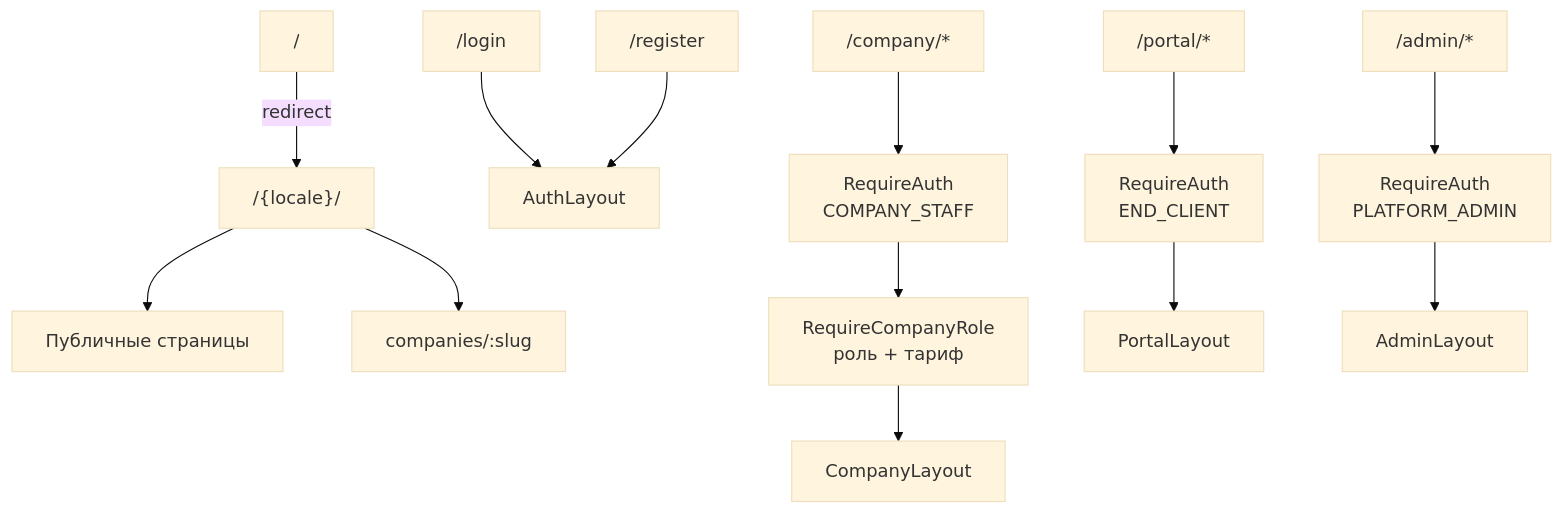
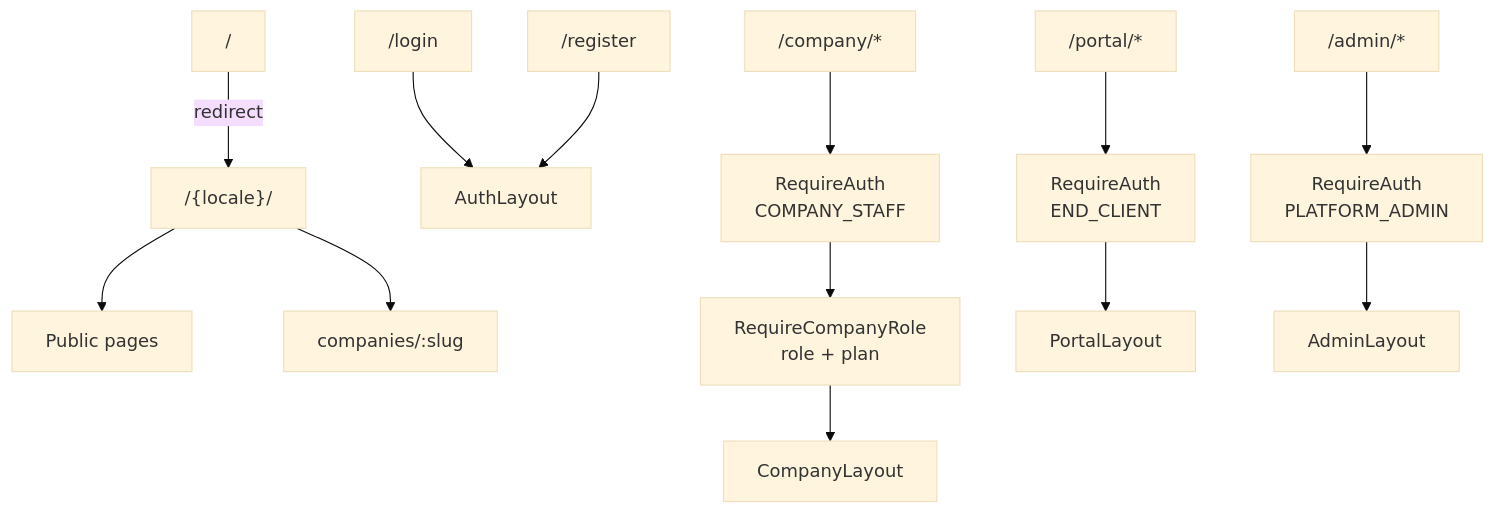
One commit to 1GoodCod1/companii-web changed the fifth of 11 diagrams in README.md. Above: the diagram before and after it, drawn with Mermaid (base theme). The commit also changed other lines of this file and 5 other files, not shown here.

````diff
--- a/README.md
+++ b/README.md
@@ -202,19 +204,19 @@
 ```mermaid
 flowchart TD
     ROOT["/"] -->|"redirect"| LOCALE["/{locale}/"]
-    LOCALE --> PUB["Публичные страницы"]
+    LOCALE --> PUB["Public pages"]
     LOCALE --> COMPANIES["companies/:slug"]
 
     LOGIN["/login"] --> AUTH["AuthLayout"]
     REGISTER["/register"] --> AUTH
 
     COMPANY["/company/*"] --> CG["RequireAuth<br/>COMPANY_STAFF"]
-    CG --> CR["RequireCompanyRole<br/>роль + тариф"]
+    CG --> CR["RequireCompanyRole<br/>role + plan"]
     CR --> CL["CompanyLayout"]
 
     PORTAL["/portal/*"] --> PG["RequireAuth<br/>END_CLIENT"]
     PG --> PL["PortalLayout"]
 
     ADMIN["/admin/*"] --> AG["RequireAuth<br/>PLATFORM_ADMIN"]
     AG --> AL["AdminLayout"]
 ```
````
